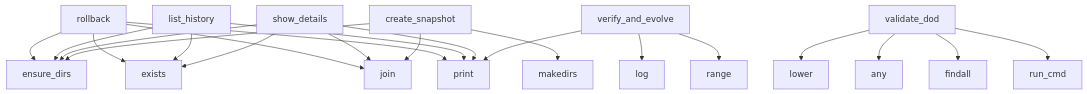
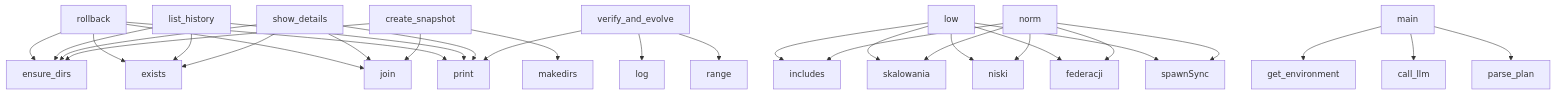
The diagram in project/context.md (paxlet-com/taskand), drawn with Mermaid before and after one commit. The commit also changed other lines of this file and 76 other files, not shown here.

````diff
--- a/project/context.md
+++ b/project/context.md
@@ -251,24 +345,33 @@
 ```mermaid
 graph TD
     rollback --> ensure_dirs
     rollback --> exists
     rollback --> join
     rollback --> print
     list_history --> ensure_dirs
     list_history --> print
     list_history --> exists
     show_details --> ensure_dirs
     show_details --> join
     show_details --> print
     show_details --> exists
     create_snapshot --> ensure_dirs
     create_snapshot --> join
     create_snapshot --> makedirs
     verify_and_evolve --> print
     verify_and_evolve --> log
     verify_and_evolve --> range
-    validate_dod --> lower
-    validate_dod --> any
-    validate_dod --> findall
-    validate_dod --> run_cmd
+    low --> includes
+    low --> skalowania
+    low --> niski
+    low --> federacji
+    low --> spawnSync
+    norm --> includes
+    norm --> skalowania
+    norm --> niski
+    norm --> federacji
+    norm --> spawnSync
+    main --> get_environment
+    main --> call_llm
+    main --> parse_plan
 ```
````
